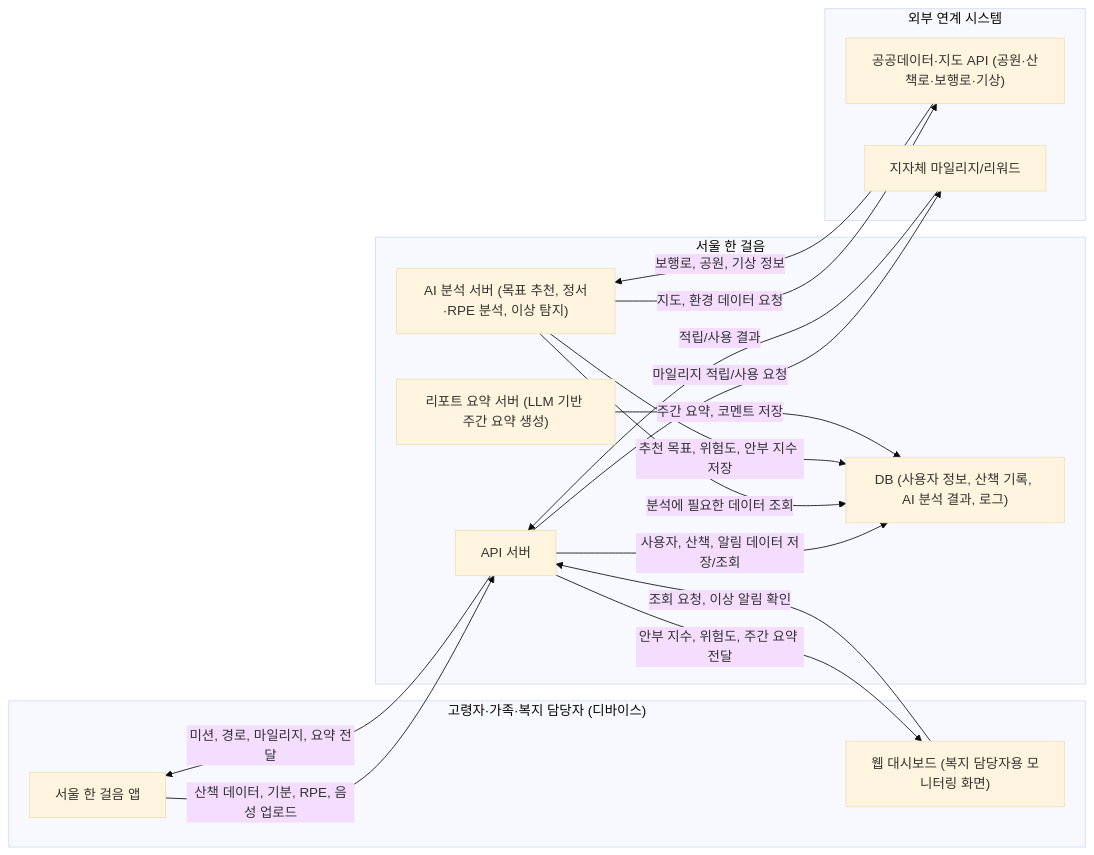
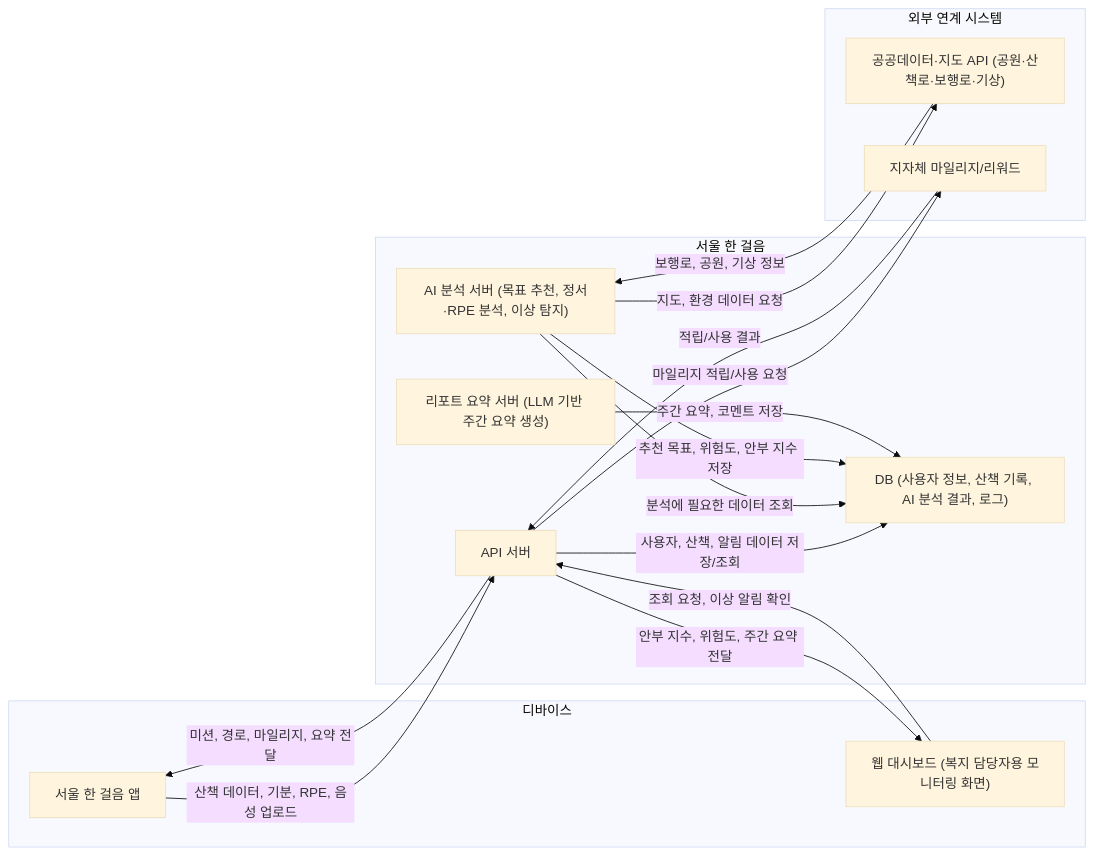
Before and after one commit to jubropa/SeoulOneStep: the diagram in README.md, drawn with Mermaid (base theme).

````diff
--- a/README.md
+++ b/README.md
@@ -3,36 +3,36 @@
 ```mermaid
 graph LR
-    subgraph User["고령자·가족·복지 담당자 (디바이스)"]
+    subgraph User["디바이스"]
         App["서울 한 걸음 앱"]
         Dash["웹 대시보드 (복지 담당자용 모니터링 화면)"]
     end
 
     subgraph Service["서울 한 걸음"]
         API["API 서버"]
         AI["AI 분석 서버 (목표 추천, 정서·RPE 분석, 이상 탐지)"]
         LLM["리포트 요약 서버 (LLM 기반 주간 요약 생성)"]
         DataStore["DB (사용자 정보, 산책 기록, AI 분석 결과, 로그)"]
     end
 
     subgraph Ext["외부 연계 시스템"]
         PublicAPI["공공데이터·지도 API (공원·산책로·보행로·기상)"]
         Reward["지자체 마일리지/리워드"]
     end
 
     App -->|"산책 데이터, 기분, RPE, 음성 업로드"| API
     Dash -->|"조회 요청, 이상 알림 확인"| API
 
     API -->|"미션, 경로, 마일리지, 요약 전달"| App
     API -->|"안부 지수, 위험도, 주간 요약 전달"| Dash
 
     API -->|"사용자, 산책, 알림 데이터 저장/조회"| DataStore
     AI -->|"분석에 필요한 데이터 조회"| DataStore
     AI -->|"추천 목표, 위험도, 안부 지수 저장"| DataStore
     LLM -->|"주간 요약, 코멘트 저장"| DataStore
 
     AI -->|"지도, 환경 데이터 요청"| PublicAPI
     PublicAPI -->|"보행로, 공원, 기상 정보"| AI
 
     API -->|"마일리지 적립/사용 요청"| Reward
     Reward -->|"적립/사용 결과"| API
 ```
````
